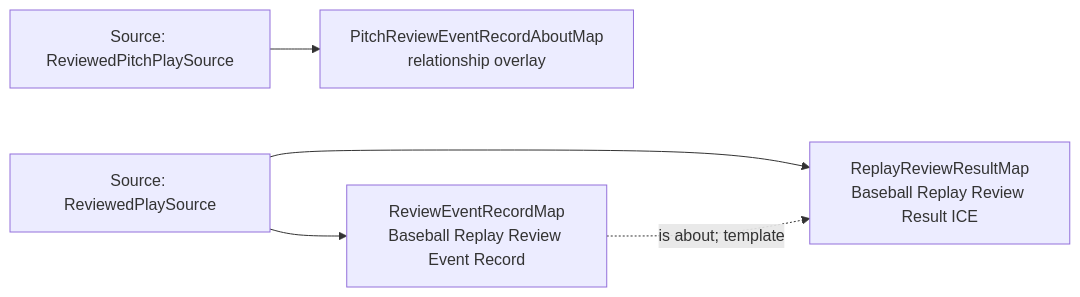
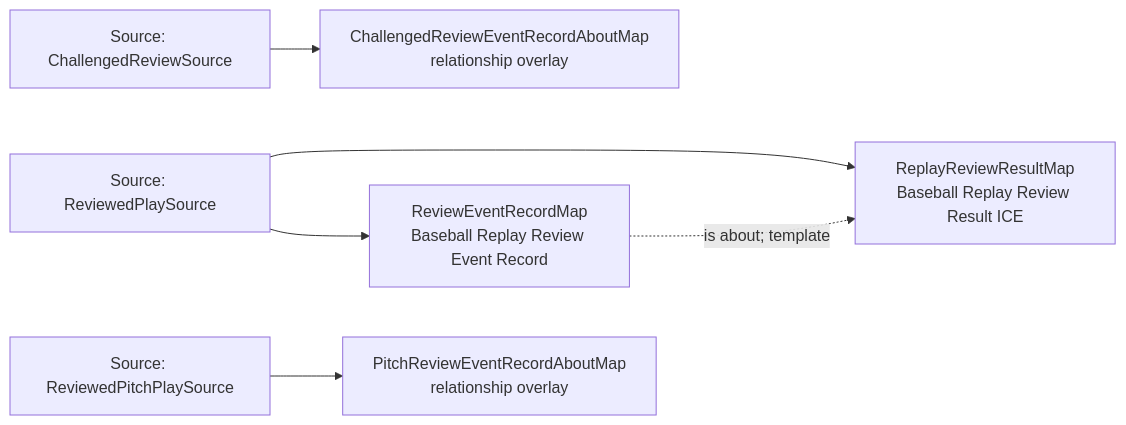
The diagram in Baseball/mermaid/patterns/mlb-direct/48-replay-review-record.md (CarterBeauBenson/BaseballO), drawn with Mermaid before and after one commit. The commit also changed other lines of this file and 461 other files, not shown here.

````diff
--- a/Baseball/mermaid/patterns/mlb-direct/48-replay-review-record.md
+++ b/Baseball/mermaid/patterns/mlb-direct/48-replay-review-record.md
@@ -10,12 +10,15 @@
 ```mermaid
 flowchart LR
-    S01["Source: ReviewedPitchPlaySource"]
-    S02["Source: ReviewedPlaySource"]
+    S01["Source: ChallengedReviewSource"]
+    S02["Source: ReviewedPitchPlaySource"]
+    S03["Source: ReviewedPlaySource"]
     M01["ReplayReviewResultMap<br/>Baseball Replay Review Result ICE"]
     M02["ReviewEventRecordMap<br/>Baseball Replay Review Event Record"]
-    M03["PitchReviewEventRecordAboutMap<br/>relationship overlay"]
-    S02 --> M01
-    S02 --> M02
+    M03["ChallengedReviewEventRecordAboutMap<br/>relationship overlay"]
+    M04["PitchReviewEventRecordAboutMap<br/>relationship overlay"]
+    S03 --> M01
+    S03 --> M02
     S01 --> M03
+    S02 --> M04
     M02 -.->|is about; template| M01
 ```
````
